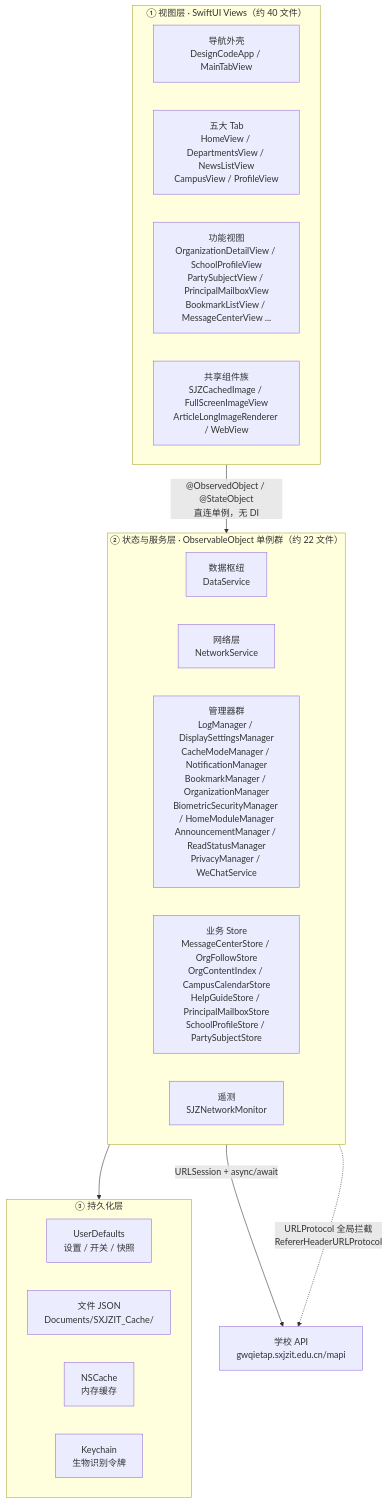
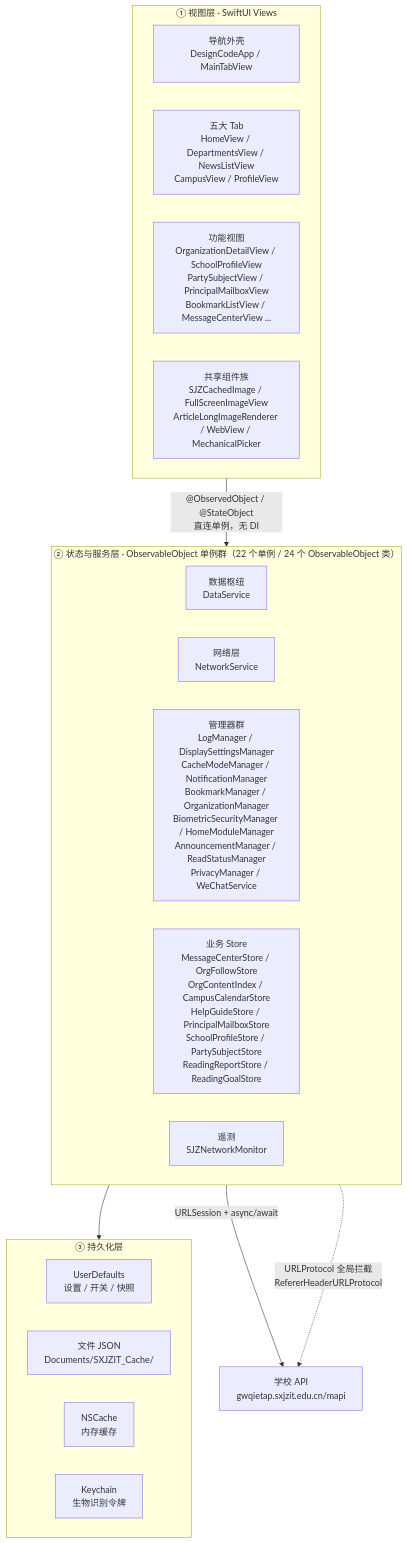
Before and after one commit to kkkh/demo: the first of 4 diagrams in code-wiki/01-项目整体架构.md, drawn with Mermaid. The commit also changed other lines of this file and 9 other files, not shown here.

````diff
--- a/code-wiki/01-项目整体架构.md
+++ b/code-wiki/01-项目整体架构.md
@@ -79,29 +81,29 @@
 ```mermaid
 graph TD
-    subgraph L1["① 视图层 · SwiftUI Views（约 40 文件）"]
+    subgraph L1["① 视图层 · SwiftUI Views"]
         V1["导航外壳<br/>DesignCodeApp / MainTabView"]
         V2["五大 Tab<br/>HomeView / DepartmentsView / NewsListView<br/>CampusView / ProfileView"]
         V3["功能视图<br/>OrganizationDetailView / SchoolProfileView<br/>PartySubjectView / PrincipalMailboxView<br/>BookmarkListView / MessageCenterView ..."]
-        V4["共享组件族<br/>SJZCachedImage / FullScreenImageView<br/>ArticleLongImageRenderer / WebView"]
+        V4["共享组件族<br/>SJZCachedImage / FullScreenImageView<br/>ArticleLongImageRenderer / WebView / MechanicalPicker"]
     end
 
-    subgraph L2["② 状态与服务层 · ObservableObject 单例群（约 22 文件）"]
+    subgraph L2["② 状态与服务层 · ObservableObject 单例群（22 个单例 / 24 个 ObservableObject 类）"]
         S1["数据枢纽<br/>DataService"]
         S2["网络层<br/>NetworkService"]
         S3["管理器群<br/>LogManager / DisplaySettingsManager<br/>CacheModeManager / NotificationManager<br/>BookmarkManager / OrganizationManager<br/>BiometricSecurityManager / HomeModuleManager<br/>AnnouncementManager / ReadStatusManager<br/>PrivacyManager / WeChatService"]
-        S4["业务 Store<br/>MessageCenterStore / OrgFollowStore<br/>OrgContentIndex / CampusCalendarStore<br/>HelpGuideStore / PrincipalMailboxStore<br/>SchoolProfileStore / PartySubjectStore"]
+        S4["业务 Store<br/>MessageCenterStore / OrgFollowStore<br/>OrgContentIndex / CampusCalendarStore<br/>HelpGuideStore / PrincipalMailboxStore<br/>SchoolProfileStore / PartySubjectStore<br/>ReadingReportStore / ReadingGoalStore"]
         S5["遥测<br/>SJZNetworkMonitor"]
     end
 
     subgraph L3["③ 持久化层"]
         P1["UserDefaults<br/>设置 / 开关 / 快照"]
         P2["文件 JSON<br/>Documents/SXJZIT_Cache/"]
         P3["NSCache<br/>内存缓存"]
         P4["Keychain<br/>生物识别令牌"]
     end
 
     L1 -->|"@ObservedObject / @StateObject<br/>直连单例，无 DI"| L2
     L2 --> L3
     L2 -->|"URLSession + async/await"| NET["学校 API<br/>gwqietap.sxjzit.edu.cn/mapi"]
     L2 -.->|"URLProtocol 全局拦截<br/>RefererHeaderURLProtocol"| NET
 ```
````
